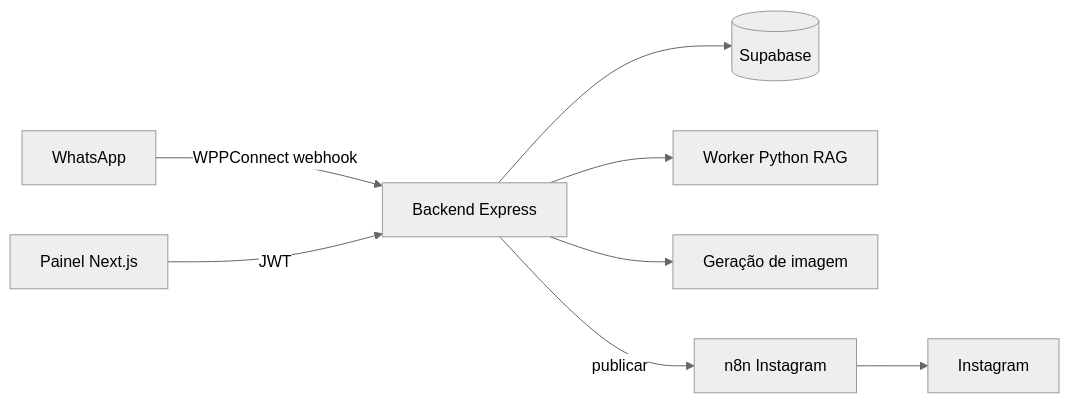
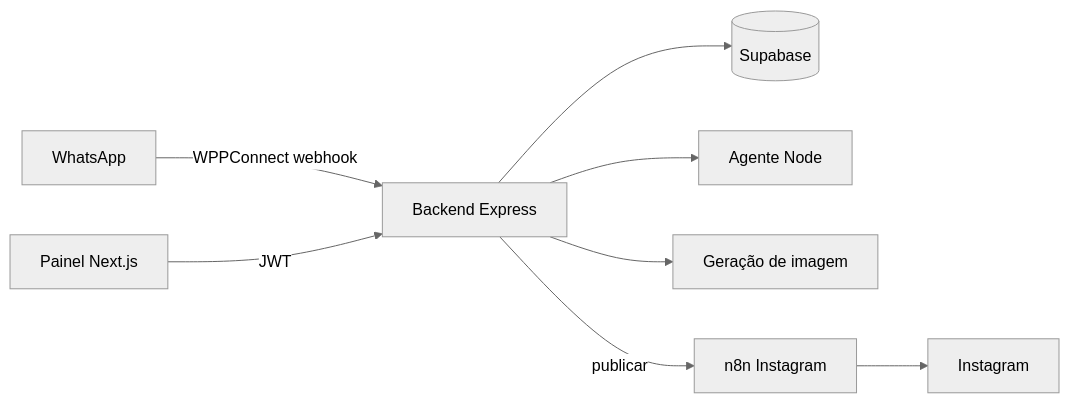
One commit to luccaleca/TumaIA changed the diagram in docs/contexto-produto.md. Above: the diagram before and after it, drawn with Mermaid (neutral theme). The commit also changed other lines of this file and 98 other files, not shown here.

````diff
--- a/docs/contexto-produto.md
+++ b/docs/contexto-produto.md
@@ -22,18 +22,18 @@
 ```mermaid
 flowchart LR
   WA[WhatsApp]
   PAINEL[Painel Next.js]
   API[Backend Express]
   SB[(Supabase)]
-  PY[Worker Python RAG]
+  AGENTE[Agente Node]
   IMG[Geração de imagem]
   N8N[n8n Instagram]
 
   WA -->|WPPConnect webhook| API
   PAINEL -->|JWT| API
   API --> SB
-  API --> PY
+  API --> AGENTE
   API --> IMG
   API -->|publicar| N8N
   N8N --> IG[Instagram]
 ```
````
